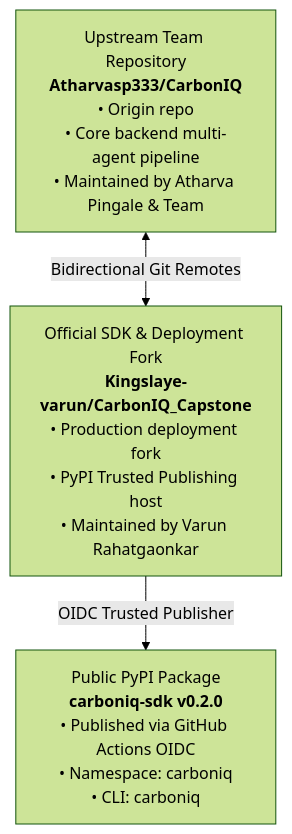
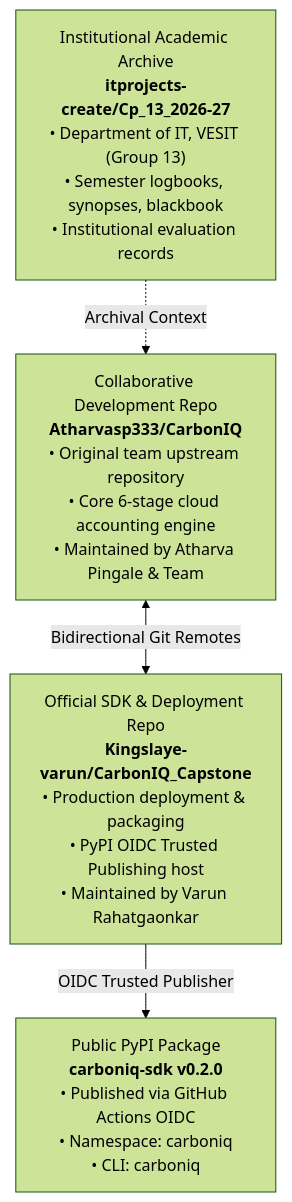
One commit to Atharvasp333/CarbonIQ changed the diagram in CONTRIBUTION_AUDIT.md. Above: the diagram before and after it, drawn with Mermaid (forest theme). The commit also changed other lines of this file and 7 other files, not shown here.

Commit message:
docs: add Group 13 academic identity, team leadership attribution, and three-repository topology

````diff
--- a/CONTRIBUTION_AUDIT.md
+++ b/CONTRIBUTION_AUDIT.md
@@ -69,9 +71,11 @@
 ```mermaid
 flowchart TD
-    Upstream["Upstream Team Repository<br/><b>Atharvasp333/CarbonIQ</b><br/>• Origin repo<br/>• Core backend multi-agent pipeline<br/>• Maintained by Atharva Pingale & Team"]
-    Fork["Official SDK & Deployment Fork<br/><b>Kingslaye-varun/CarbonIQ_Capstone</b><br/>• Production deployment fork<br/>• PyPI Trusted Publishing host<br/>• Maintained by Varun Rahatgaonkar"]
+    Academic["Institutional Academic Archive<br/><b>itprojects-create/Cp_13_2026-27</b><br/>• Department of IT, VESIT (Group 13)<br/>• Semester logbooks, synopses, blackbook<br/>• Institutional evaluation records"]
+    Upstream["Collaborative Development Repo<br/><b>Atharvasp333/CarbonIQ</b><br/>• Original team upstream repository<br/>• Core 6-stage cloud accounting engine<br/>• Maintained by Atharva Pingale & Team"]
+    Fork["Official SDK & Deployment Repo<br/><b>Kingslaye-varun/CarbonIQ_Capstone</b><br/>• Production deployment & packaging<br/>• PyPI OIDC Trusted Publishing host<br/>• Maintained by Varun Rahatgaonkar"]
     PyPI["Public PyPI Package<br/><b>carboniq-sdk v0.2.0</b><br/>• Published via GitHub Actions OIDC<br/>• Namespace: carboniq<br/>• CLI: carboniq"]
     
+    Academic -.->|Archival Context| Upstream
     Upstream <-->|Bidirectional Git Remotes| Fork
     Fork -->|OIDC Trusted Publisher| PyPI
 ```
````
